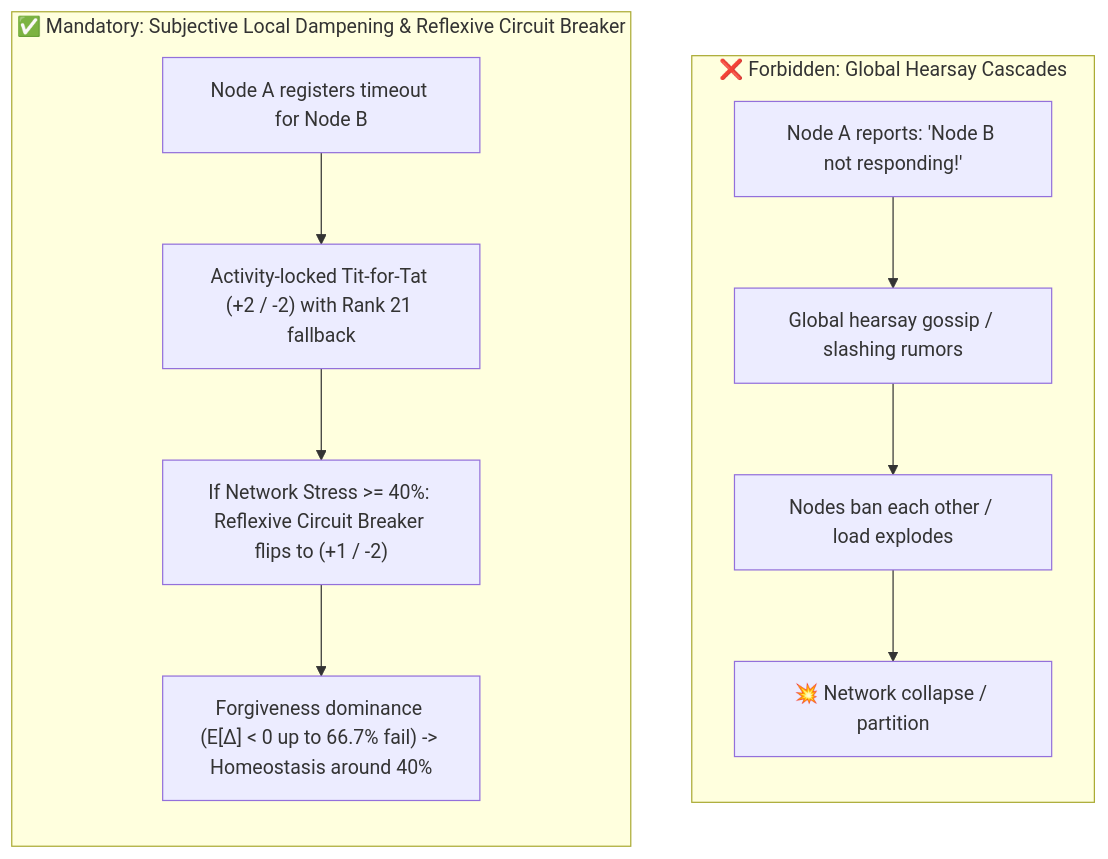
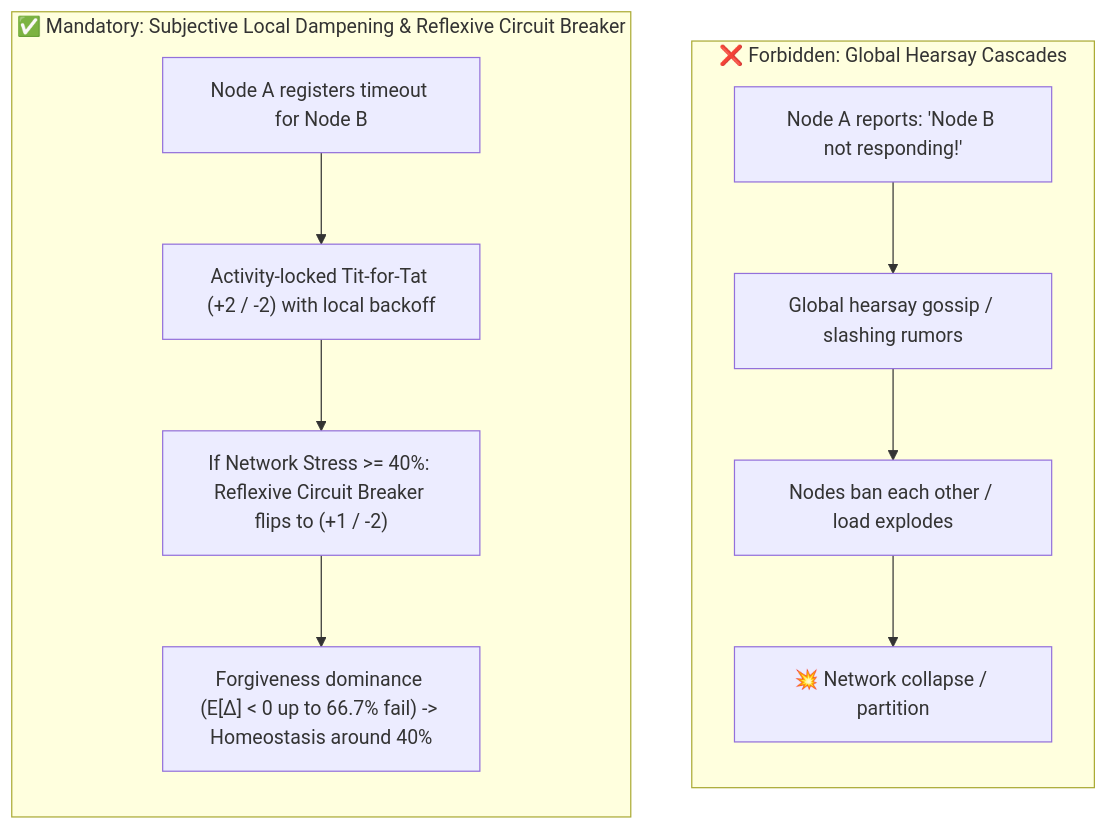
The first of 2 diagrams in AGENTS.md (minutogit/human-money-node), drawn with Mermaid before and after one commit. The commit also changed other lines of this file and 23 other files, not shown here.

````diff
--- a/AGENTS.md
+++ b/AGENTS.md
@@ -63,16 +63,16 @@
 ```mermaid
 flowchart TD
     subgraph DeathSpiral["❌ Forbidden: Global Hearsay Cascades"]
         direction TB
         A1["Node A reports: 'Node B not responding!'"] --> B1["Global hearsay gossip / slashing rumors"]
         B1 --> C1["Nodes ban each other / load explodes"]
         C1 --> Collapse["💥 Network collapse / partition"]
     end
 
     subgraph StableLocal["✅ Mandatory: Subjective Local Dampening & Reflexive Circuit Breaker"]
         direction TB
-        A2["Node A registers timeout for Node B"] --> B2["Activity-locked Tit-for-Tat (+2 / -2) with Rank 21 fallback"]
+        A2["Node A registers timeout for Node B"] --> B2["Activity-locked Tit-for-Tat (+2 / -2) with local backoff"]
         B2 --> C2["If Network Stress >= 40%: Reflexive Circuit Breaker flips to (+1 / -2)"]
         C2 --> Heal["Forgiveness dominance (E[Δ] < 0 up to 66.7% fail) -> Homeostasis around 40%"]
     end
 ```
````
